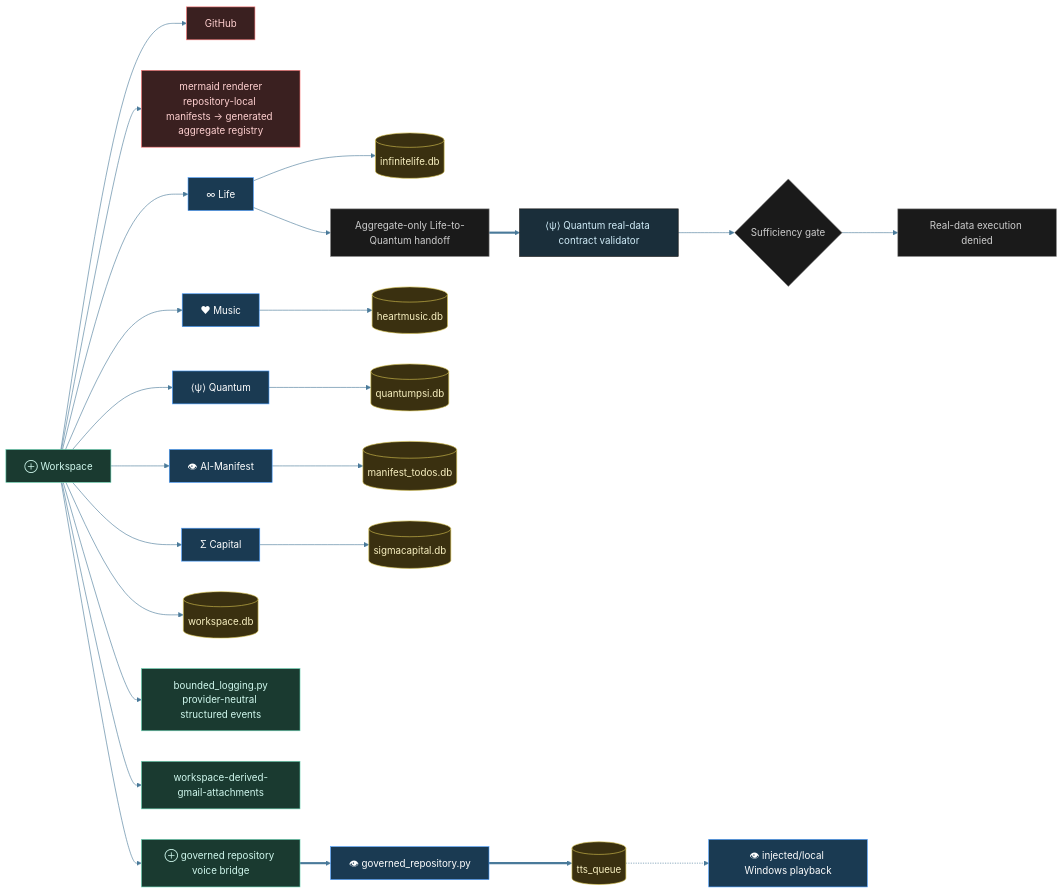
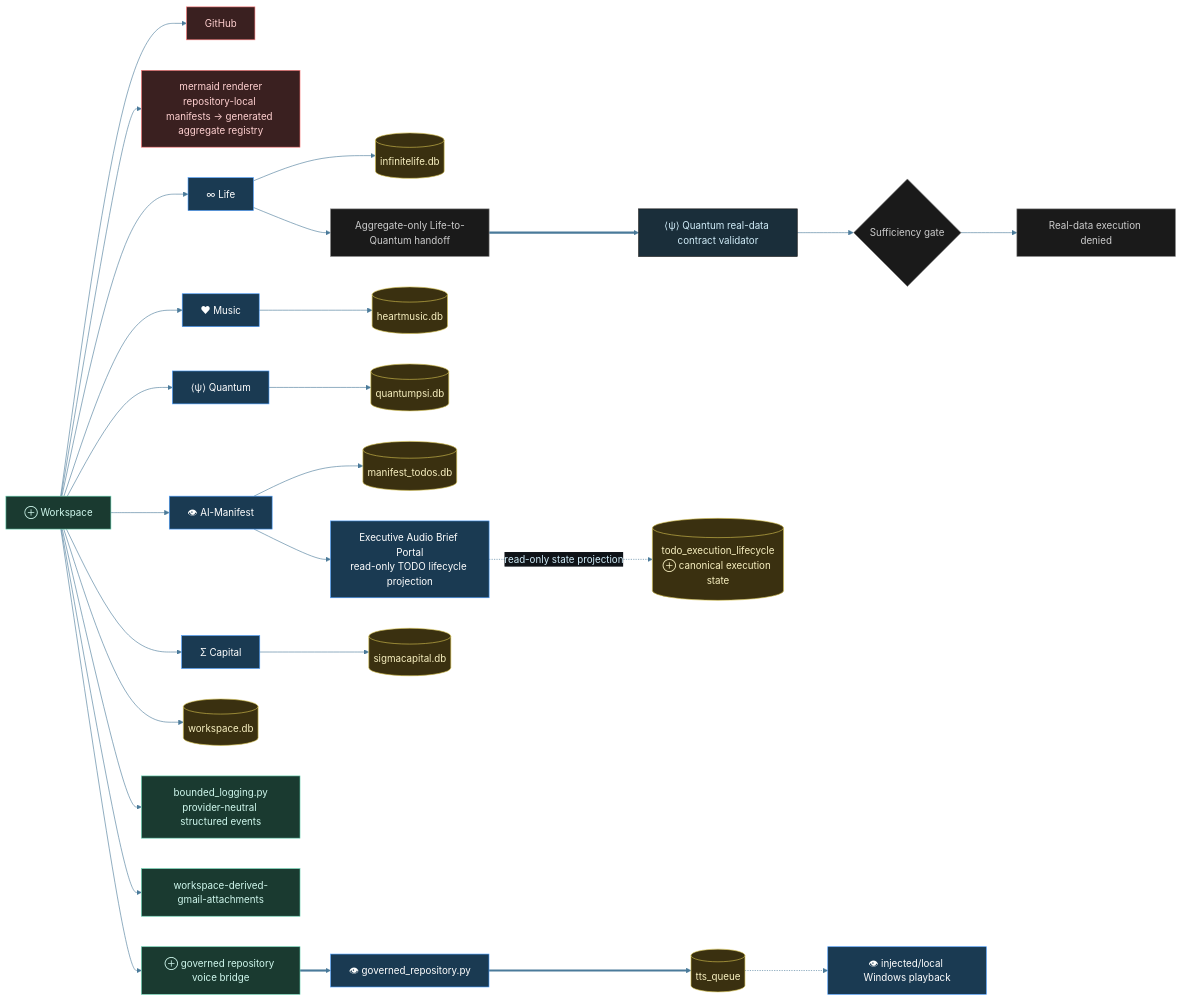
Before and after one commit to tylerdrakemusic/-Workspace: the diagram in diagrams/workspace-integrations.mmd, drawn with Mermaid. The commit also changed 3 other files, not shown here.

Commit message:
FR-20260908: add read-only TODO lifecycle projection

```diff
--- a/diagrams/workspace-integrations.mmd
+++ b/diagrams/workspace-integrations.mmd
@@ -1,43 +1,45 @@
 %%{init: {'theme': 'base', 'themeVariables': {'primaryColor': '#1a2e3a', 'primaryTextColor': '#d0ecf8', 'edgeLabelBackground': '#0f1318', 'lineColor': '#4a7a9a'}}}%%
 %% is_derived_view=false
 %% Traceability.derived_views: diagrams/workspace-derived-services.mmd, diagrams/workspace-derived-backup-and-coordination.mmd, diagrams/workspace-derived-gmail-attachments.mmd
 %% Traceability.derived_views: diagrams/workspace-derived-services.mmd, diagrams/workspace-derived-backup-and-coordination.mmd, diagrams/workspace-derived-repository-voice.mmd
 graph LR
     Workspace[⊕ Workspace] --> GitHub[GitHub]
     Workspace --> Mermaid[mermaid renderer<br/>repository-local manifests -> generated aggregate registry]
     Workspace --> Life[∞ Life]
     Workspace --> Music[❤ Music]
     Workspace --> Quantum[⟨ψ⟩ Quantum]
     Workspace --> Manifest[👁 AI-Manifest]
     Workspace --> Capital[Σ Capital]
     Workspace --> WSDB[(workspace.db)]
     Workspace --> BoundedLogging[bounded_logging.py<br/>provider-neutral structured events]
     Workspace --> GmailAttachments[workspace-derived-gmail-attachments]
     Workspace --> OverseerAlert[⊕ governed repository voice bridge]
     OverseerAlert ==> ManifestAlertCapability[👁 governed_repository.py]
     ManifestAlertCapability ==> TTSQueue[(tts_queue)]
     TTSQueue -.-> LocalPlayback[👁 injected/local Windows playback]
     Life --> LifeDB[(infinitelife.db)]
     Music --> MusicDB[(heartmusic.db)]
     Quantum --> QDB[(quantumpsi.db)]
     Manifest --> ManifestDB[(manifest_todos.db)]
+    Manifest --> ManifestBriefPortal[Executive Audio Brief Portal<br/>read-only TODO lifecycle projection]
+    ManifestBriefPortal -.->|read-only state projection| TodoExecutionLifecycle[(todo_execution_lifecycle<br/>⊕ canonical execution state)]
     Capital --> CapitalDB[(sigmacapital.db)]
     Life --> AggregateHandoff[Aggregate-only Life-to-Quantum handoff]
     AggregateHandoff ==> QuantumValidator[⟨ψ⟩ Quantum real-data contract validator]
     QuantumValidator --> SufficiencyGate{Sufficiency gate}
     SufficiencyGate --> ExecutionDenied[Real-data execution denied]
     class Workspace,GmailAttachments,BoundedLogging,OverseerAlert ws
     class Life,Music,Quantum,Manifest,Capital orch
-    class ManifestAlertCapability,LocalPlayback orch
+    class ManifestAlertCapability,ManifestBriefPortal,LocalPlayback orch
     class AggregateHandoff,SufficiencyGate,ExecutionDenied state
     class GitHub,Mermaid ext
-    class WSDB,LifeDB,MusicDB,QDB,ManifestDB,CapitalDB,TTSQueue db
+    class WSDB,LifeDB,MusicDB,QDB,ManifestDB,TodoExecutionLifecycle,CapitalDB,TTSQueue db
 classDef life     fill:#1a2e3a,stroke:#6ab4d4,color:#d0ecf8
 classDef music    fill:#3a1a24,stroke:#d47a8f,color:#f8d0dc
 classDef quantum  fill:#251a3a,stroke:#a07adf,color:#e8d0f8
 classDef manifest fill:#3a2e1a,stroke:#d4a96a,color:#f8ead0
 classDef ws       fill:#1a3a30,stroke:#6ad4b4,color:#d0f8ee
 classDef orch     fill:#1a3a52,stroke:#4a9eff,color:#fff
 classDef ext      fill:#3a2020,stroke:#ff7a7a,color:#ffd0d0
 classDef db       fill:#3a3010,stroke:#d4c050,color:#f8f0c0
 classDef state    fill:#1a1a1a,stroke:#888888,color:#cccccc
```
